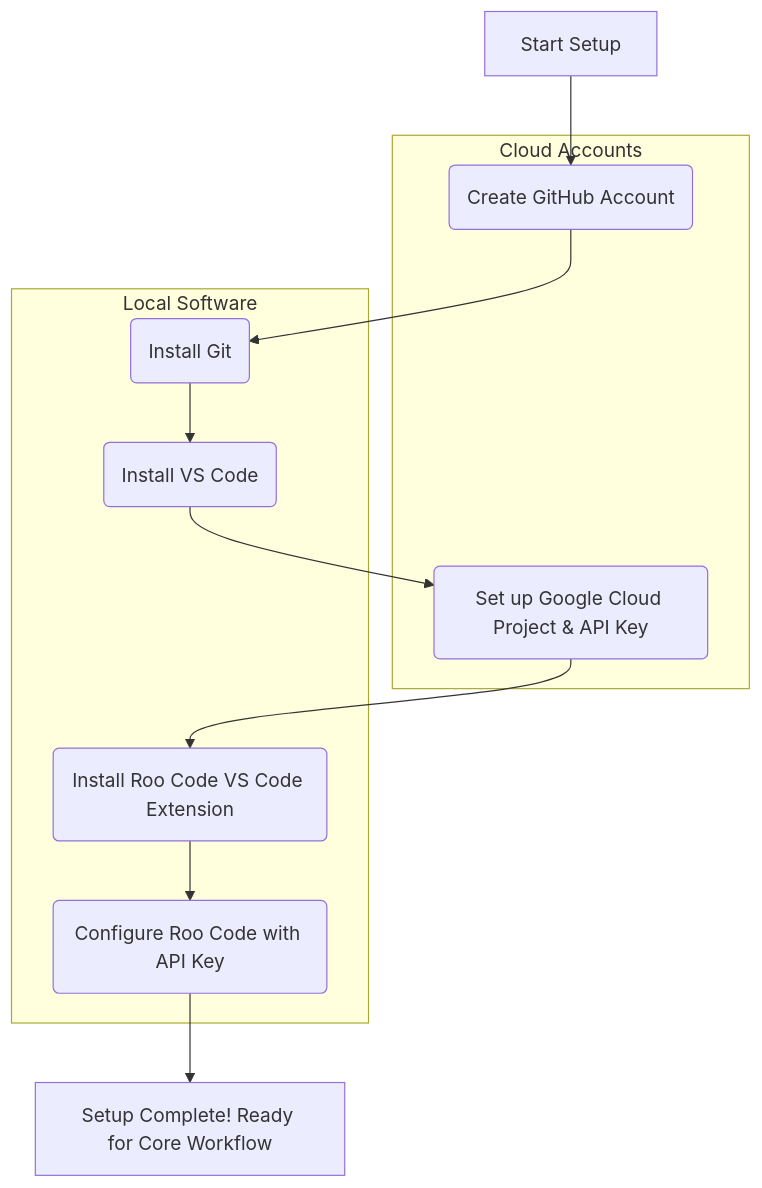
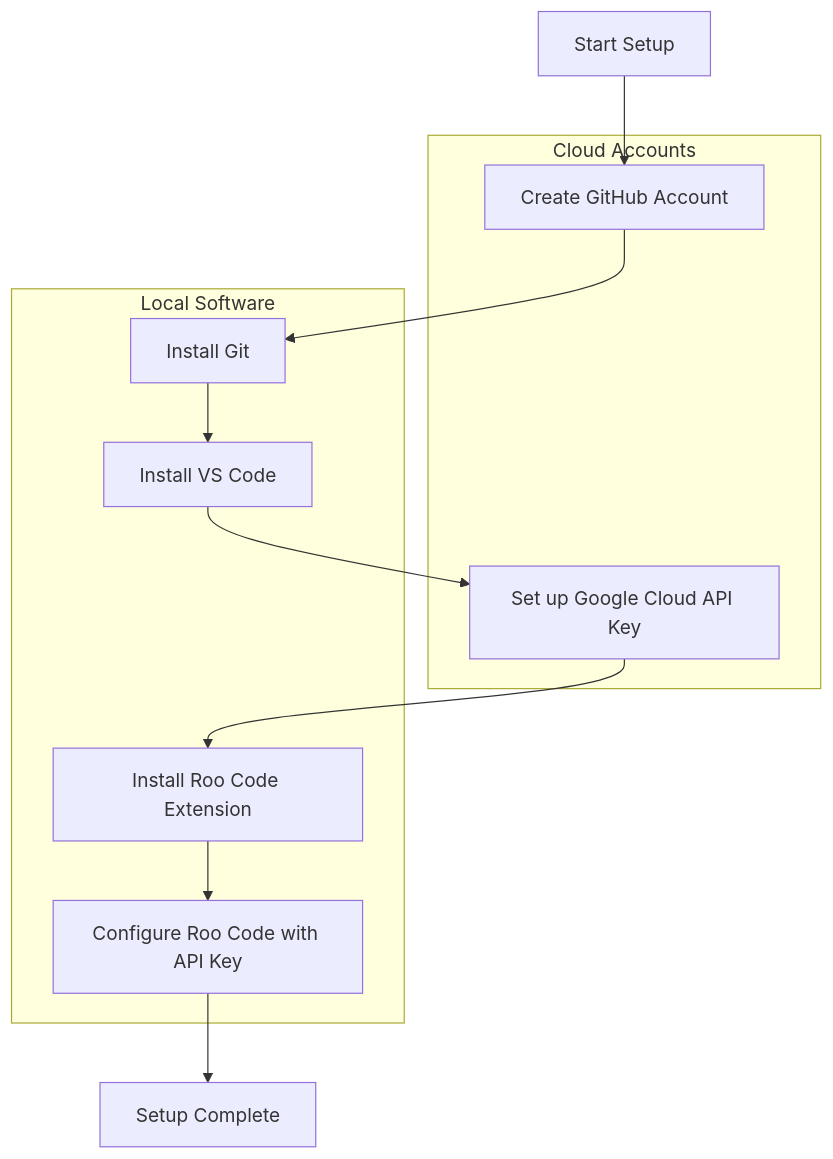
The diagram in tutorial/02_setup_overview.md (TheDreamLabUK/modules), drawn with Mermaid before and after one commit. The commit also changed other lines of this file and 7 other files, not shown here.

````diff
--- a/tutorial/02_setup_overview.md
+++ b/tutorial/02_setup_overview.md
@@ -16,22 +21,22 @@
 ```mermaid
 graph TD
-    A[Start Setup] --> B(Create GitHub Account);
-    B --> C(Install Git);
-    C --> D(Install VS Code);
-    D --> E(Set up Google Cloud Project & API Key);
-    E --> F(Install Roo Code VS Code Extension);
-    F --> G(Configure Roo Code with API Key);
-    G --> H[Setup Complete! Ready for Core Workflow];
+    A[Start Setup] --> B[Create GitHub Account]
+    B --> C[Install Git]
+    C --> D[Install VS Code]
+    D --> E[Set up Google Cloud API Key]
+    E --> F[Install Roo Code Extension]
+    F --> G[Configure Roo Code with API Key]
+    G --> H[Setup Complete]
 
-    subgraph "Cloud Accounts"
-        B;
-        E;
+    subgraph Cloud Accounts
+        B
+        E
     end
 
-    subgraph "Local Software"
-        C;
-        D;
-        F;
-        G;
+    subgraph Local Software
+        C
+        D
+        F
+        G
     end
 ```
````
